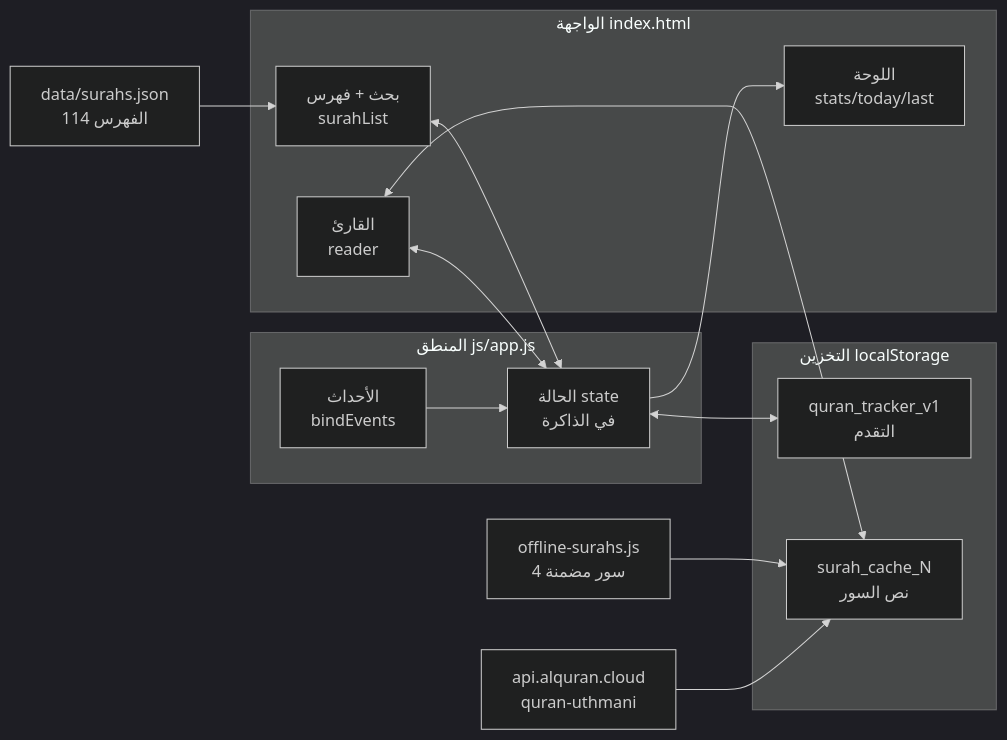
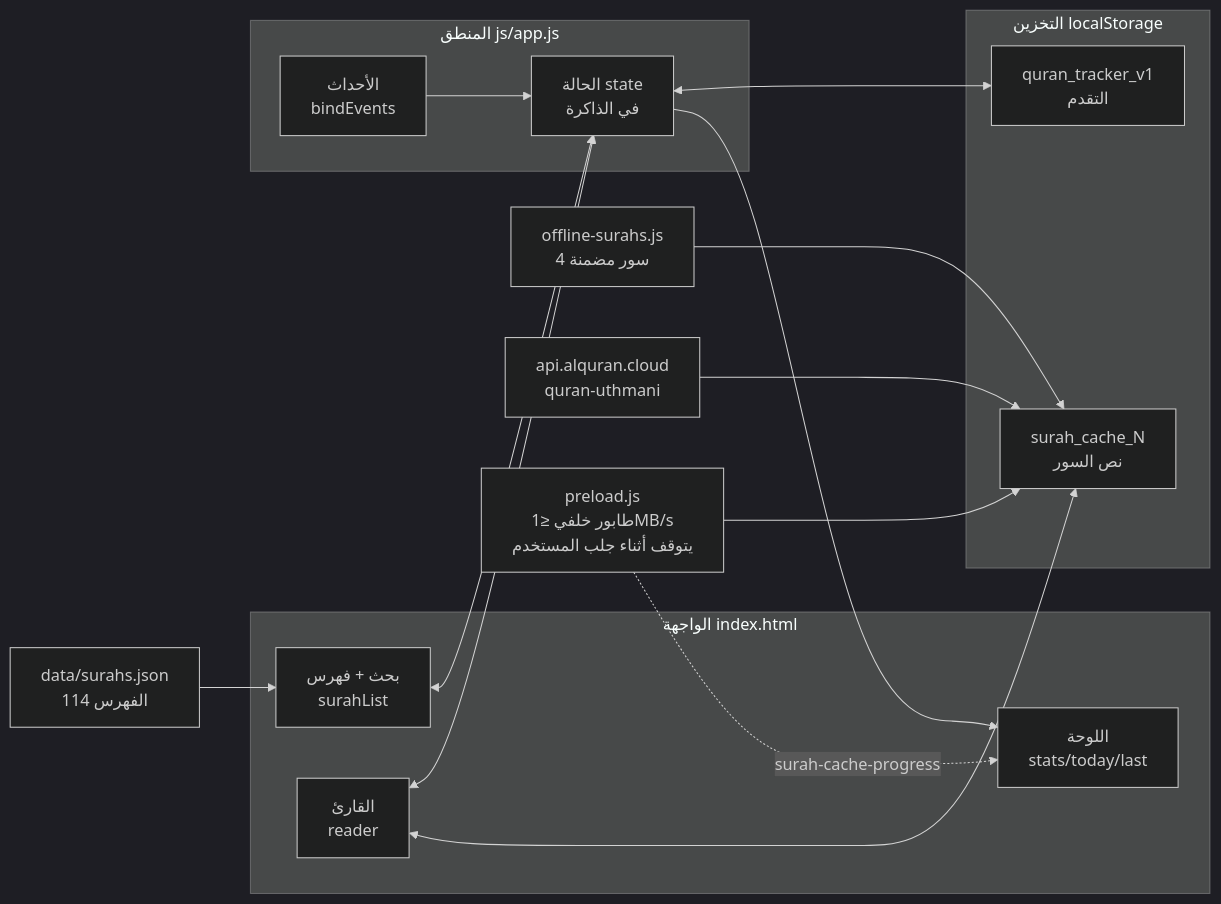
The first of 5 diagrams in docs/CODE-MAP.md (jabar-reda/quran-app), drawn with Mermaid (dark theme) before and after one commit. The commit also changed 5 other files, not shown here.

````diff
--- a/docs/CODE-MAP.md
+++ b/docs/CODE-MAP.md
@@ -8,29 +8,31 @@
 ```mermaid
 flowchart LR
     subgraph UI["الواجهة index.html"]
         S["بحث + فهرس<br/>surahList"]
         R["القارئ<br/>reader"]
         D["اللوحة<br/>stats/today/last"]
     end
     subgraph APP["المنطق js/app.js"]
         ST["الحالة state<br/>في الذاكرة"]
         EV["الأحداث<br/>bindEvents"]
     end
     subgraph STORE["التخزين localStorage"]
         K["quran_tracker_v1<br/>التقدم"]
         C["surah_cache_N<br/>نص السور"]
     end
     OFF["offline-surahs.js<br/>4 سور مضمنة"]
     API["api.alquran.cloud<br/>quran-uthmani"]
     NET["data/surahs.json<br/>الفهرس 114"]
 
     EV --> ST
     S <--> ST
     R <--> ST
     ST <--> K
     R <--> C
     OFF --> C
     API --> C
+    PRE["preload.js<br/>طابور خلفي ≤1MB/s<br/>يتوقف أثناء جلب المستخدم"] --> C
+    PRE -.->|"surah-cache-progress"| D
     NET --> S
     ST --> D
 ```
````
